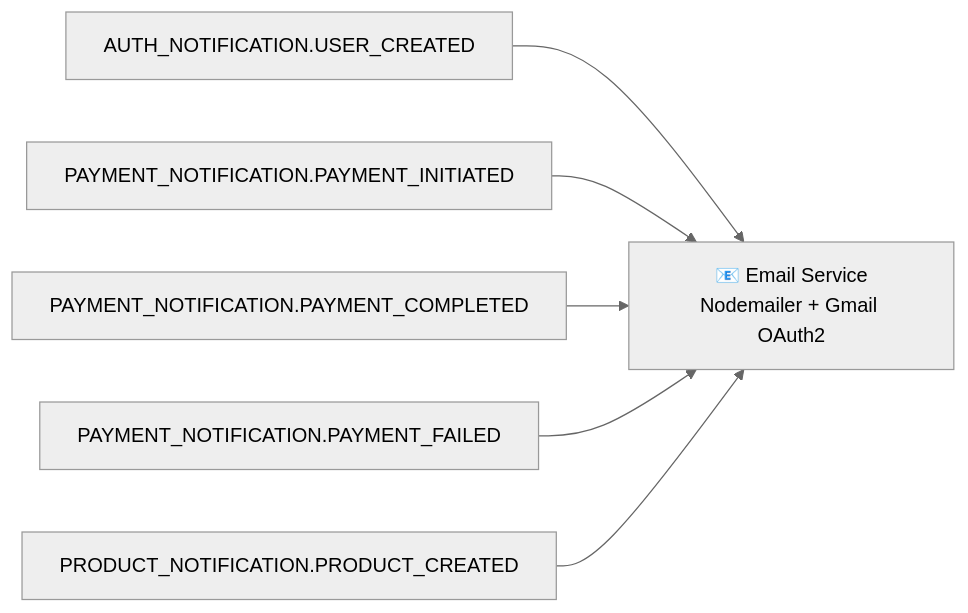
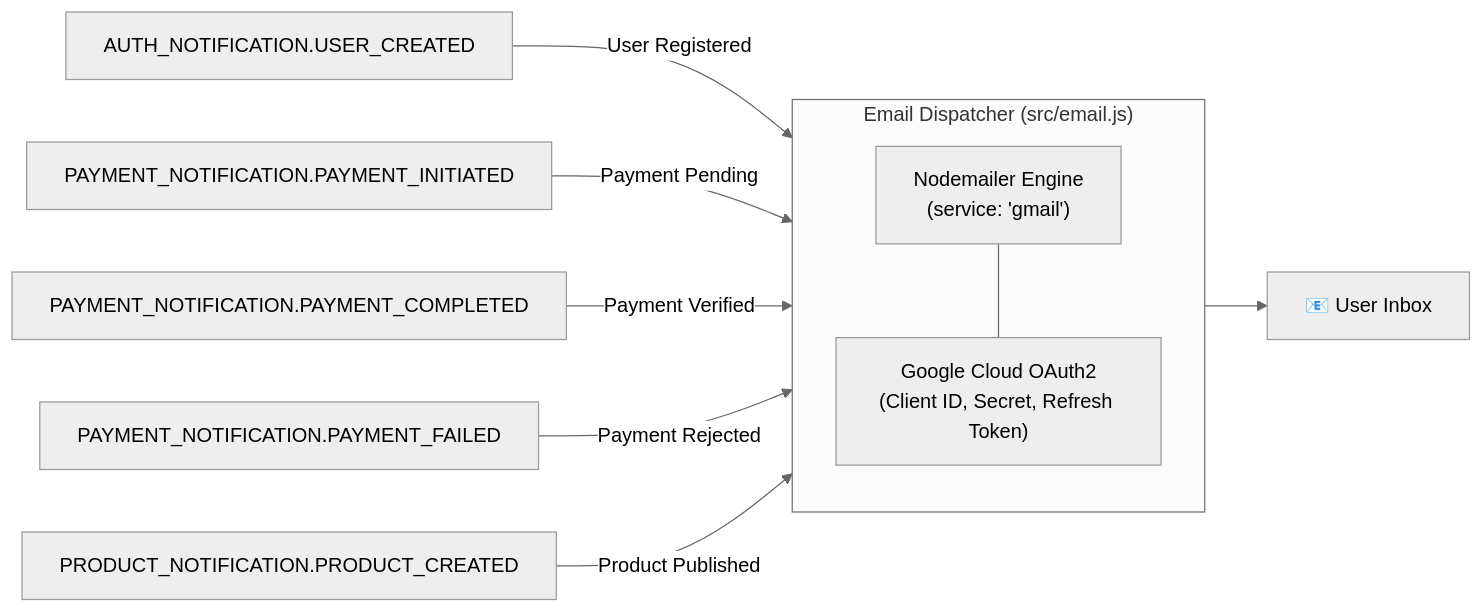
Diagram 15 of 17 in README.md (itsam-13/Vendora), drawn with Mermaid (neutral theme) before and after one commit. The commit also changed other lines of this file, not shown here.

Commit message:
docs: update README.md with comprehensive microservices architecture and event topology

````diff
--- a/README.md
+++ b/README.md
@@ -824,9 +964,17 @@
 ```mermaid
 flowchart LR
-    Q1["AUTH_NOTIFICATION.USER_CREATED"] --> E
-    Q2["PAYMENT_NOTIFICATION.PAYMENT_INITIATED"] --> E
-    Q3["PAYMENT_NOTIFICATION.PAYMENT_COMPLETED"] --> E
-    Q4["PAYMENT_NOTIFICATION.PAYMENT_FAILED"] --> E
-    Q5["PRODUCT_NOTIFICATION.PRODUCT_CREATED"] --> E
-    E["📧 Email Service\nNodemailer + Gmail OAuth2"]
+    Q1["AUTH_NOTIFICATION.USER_CREATED"] -->|User Registered| Mailer
+    Q2["PAYMENT_NOTIFICATION.PAYMENT_INITIATED"] -->|Payment Pending| Mailer
+    Q3["PAYMENT_NOTIFICATION.PAYMENT_COMPLETED"] -->|Payment Verified| Mailer
+    Q4["PAYMENT_NOTIFICATION.PAYMENT_FAILED"] -->|Payment Rejected| Mailer
+    Q5["PRODUCT_NOTIFICATION.PRODUCT_CREATED"] -->|Product Published| Mailer
+
+    subgraph Mailer["Email Dispatcher (src/email.js)"]
+        direction TB
+        Nodemailer["Nodemailer Engine\n(service: 'gmail')"]
+        OAuth2["Google Cloud OAuth2\n(Client ID, Secret, Refresh Token)"]
+        Nodemailer --- OAuth2
+    end
+
+    Mailer --> SMTP["📧 User Inbox"]
 ```
````
